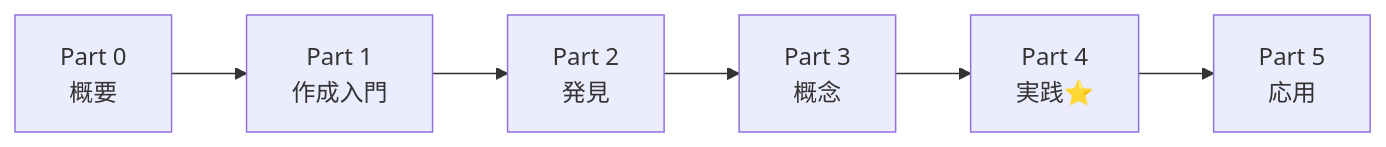
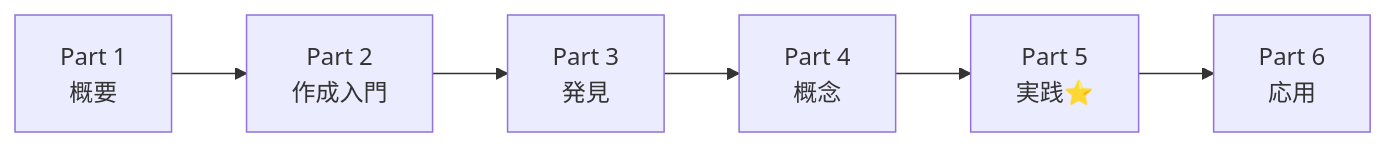
The second of 23 diagrams in ebook-output/agent-skills-in-practice.manuscript.md (duwenji/agent-skills-in-practice), drawn with Mermaid before and after one commit. The commit also changed other lines of this file and 79 other files, not shown here.

````diff
--- a/ebook-output/agent-skills-in-practice.manuscript.md
+++ b/ebook-output/agent-skills-in-practice.manuscript.md
@@ -115,8 +115,8 @@
 ```mermaid
 flowchart LR
-    P0["Part 0<br>概要"] --> P1["Part 1<br>作成入門"]
-    P1 --> P2["Part 2<br>発見"]
-    P2 --> P3["Part 3<br>概念"]
-    P3 --> P4["Part 4<br>実践⭐"]
-    P4 --> P5["Part 5<br>応用"]
+    P0["Part 1<br>概要"] --> P1["Part 2<br>作成入門"]
+    P1 --> P2["Part 3<br>発見"]
+    P2 --> P3["Part 4<br>概念"]
+    P3 --> P4["Part 5<br>実践⭐"]
+    P4 --> P5["Part 6<br>応用"]
 ```
````
